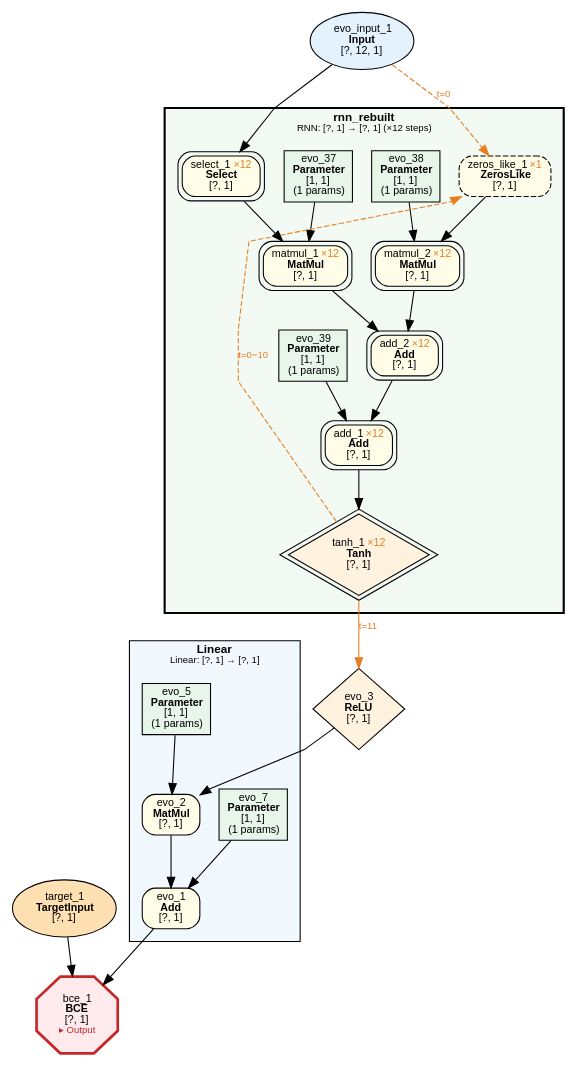
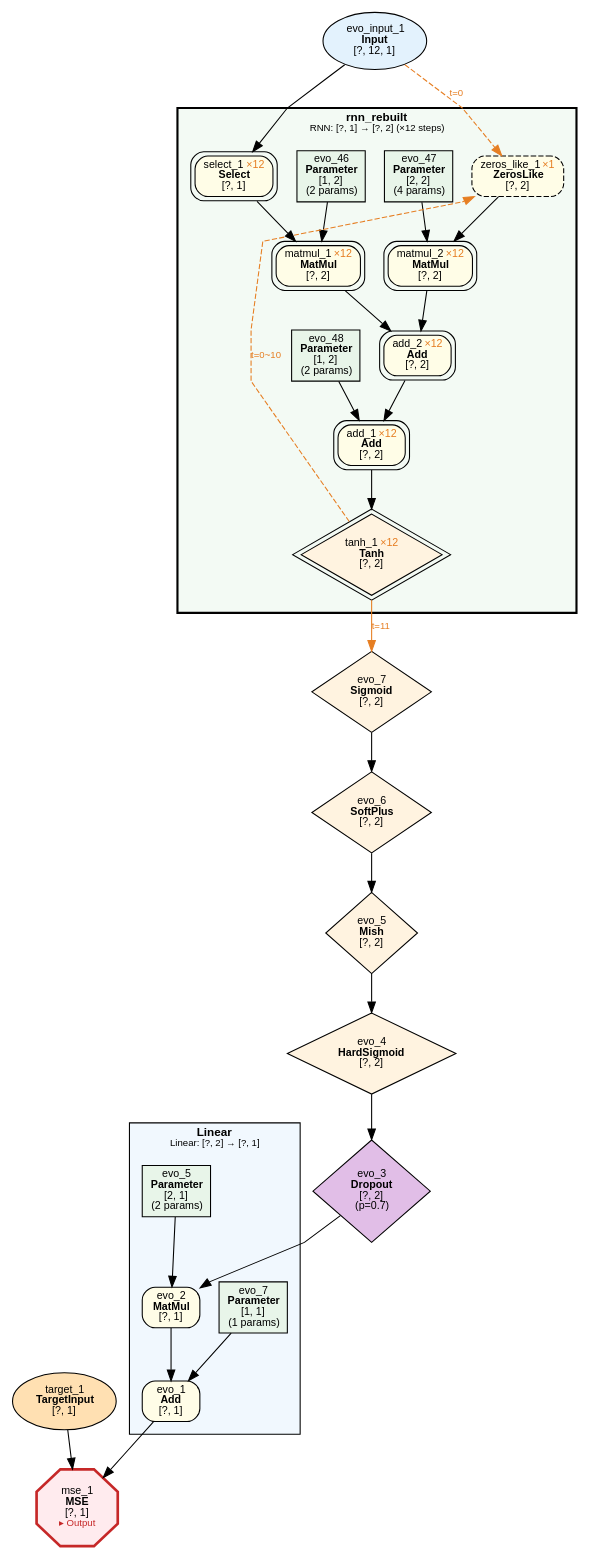
One commit to dbsxdbsx/only_torch changed the diagram in examples/evolution/parity_seq_var_len/evolution_parity_seq_var_len.dot. Above: the diagram before and after it, drawn with Graphviz. The commit also changed 19 other files, not shown here.

```diff
--- a/examples/evolution/parity_seq_var_len/evolution_parity_seq_var_len.dot
+++ b/examples/evolution/parity_seq_var_len/evolution_parity_seq_var_len.dot
@@ -1,66 +1,74 @@
 digraph ComputeGraph {
     rankdir=TB;
     newrank=true;
     splines=polyline;
     node [fontname="Microsoft YaHei,SimHei,Arial"];
     edge [fontname="Microsoft YaHei,SimHei,Arial"];
 
     subgraph cluster_group_linear_1 {
-        label=<<B>Linear</B><BR/><FONT POINT-SIZE="9">Linear: [?, 1] → [?, 1]</FONT>>;
+        label=<<B>Linear</B><BR/><FONT POINT-SIZE="9">Linear: [?, 2] → [?, 1]</FONT>>;
         style=filled;
         fillcolor="#E3F2FD80";
         fontname="Microsoft YaHei,SimHei,Arial";
         fontsize=11;
         margin=12;
             "2" [label=<evo_1<BR/><B>Add</B><BR/>[?, 1]> shape=box style="filled,rounded" fillcolor="#FFFDE7" fontsize=10];
             "4" [label=<evo_2<BR/><B>MatMul</B><BR/>[?, 1]> shape=box style="filled,rounded" fillcolor="#FFFDE7" fontsize=10];
             "5" [label=<evo_7<BR/><B>Parameter</B><BR/>[1, 1]<BR/>(1 params)> shape=box style=filled fillcolor="#E8F5E9" fontsize=10];
-            "7" [label=<evo_5<BR/><B>Parameter</B><BR/>[1, 1]<BR/>(1 params)> shape=box style=filled fillcolor="#E8F5E9" fontsize=10];
+            "7" [label=<evo_5<BR/><B>Parameter</B><BR/>[2, 1]<BR/>(2 params)> shape=box style=filled fillcolor="#E8F5E9" fontsize=10];
     }
 
     subgraph cluster_group_rnn_0 {
-        label=<<B>rnn_rebuilt</B><BR/><FONT POINT-SIZE="9">RNN: [?, 1] → [?, 1] (×12 steps)</FONT>>;
+        label=<<B>rnn_rebuilt</B><BR/><FONT POINT-SIZE="9">RNN: [?, 1] → [?, 2] (×12 steps)</FONT>>;
         style="filled,bold";
         peripheries=3;
         penwidth=2;
         fillcolor="#E8F5E980";
         fontname="Microsoft YaHei,SimHei,Arial";
         fontsize=11;
         margin=12;
-            "8" [label=<evo_39<BR/><B>Parameter</B><BR/>[1, 1]<BR/>(1 params)> shape=box style=filled fillcolor="#E8F5E9" fontsize=10];
-            "9" [label=<evo_37<BR/><B>Parameter</B><BR/>[1, 1]<BR/>(1 params)> shape=box style=filled fillcolor="#E8F5E9" fontsize=10];
-            "10" [label=<evo_38<BR/><B>Parameter</B><BR/>[1, 1]<BR/>(1 params)> shape=box style=filled fillcolor="#E8F5E9" fontsize=10];
-            "12" [label=<tanh_1 <FONT COLOR="#E67E22">×12</FONT><BR/><B>Tanh</B><BR/>[?, 1]> shape=diamond style=filled fillcolor="#FFF3E0" fontsize=10 peripheries=2];
-            "13" [label=<add_1 <FONT COLOR="#E67E22">×12</FONT><BR/><B>Add</B><BR/>[?, 1]> shape=box style="filled,rounded" fillcolor="#FFFDE7" fontsize=10 peripheries=2];
-            "14" [label=<add_2 <FONT COLOR="#E67E22">×12</FONT><BR/><B>Add</B><BR/>[?, 1]> shape=box style="filled,rounded" fillcolor="#FFFDE7" fontsize=10 peripheries=2];
-            "15" [label=<matmul_1 <FONT COLOR="#E67E22">×12</FONT><BR/><B>MatMul</B><BR/>[?, 1]> shape=box style="filled,rounded" fillcolor="#FFFDE7" fontsize=10 peripheries=2];
-            "16" [label=<matmul_2 <FONT COLOR="#E67E22">×12</FONT><BR/><B>MatMul</B><BR/>[?, 1]> shape=box style="filled,rounded" fillcolor="#FFFDE7" fontsize=10 peripheries=2];
-            "17" [label=<select_1 <FONT COLOR="#E67E22">×12</FONT><BR/><B>Select</B><BR/>[?, 1]> shape=box style="filled,rounded" fillcolor="#FFFDE7" fontsize=10 peripheries=2];
-            "18" [label=<zeros_like_1 <FONT COLOR="#E67E22">×1</FONT><BR/><B>ZerosLike</B><BR/>[?, 1]> shape=box style="filled,rounded,dashed" fillcolor="#FFFDE7" fontsize=10];
+            "12" [label=<evo_48<BR/><B>Parameter</B><BR/>[1, 2]<BR/>(2 params)> shape=box style=filled fillcolor="#E8F5E9" fontsize=10];
+            "13" [label=<evo_46<BR/><B>Parameter</B><BR/>[1, 2]<BR/>(2 params)> shape=box style=filled fillcolor="#E8F5E9" fontsize=10];
+            "14" [label=<evo_47<BR/><B>Parameter</B><BR/>[2, 2]<BR/>(4 params)> shape=box style=filled fillcolor="#E8F5E9" fontsize=10];
+            "16" [label=<tanh_1 <FONT COLOR="#E67E22">×12</FONT><BR/><B>Tanh</B><BR/>[?, 2]> shape=diamond style=filled fillcolor="#FFF3E0" fontsize=10 peripheries=2];
+            "17" [label=<add_1 <FONT COLOR="#E67E22">×12</FONT><BR/><B>Add</B><BR/>[?, 2]> shape=box style="filled,rounded" fillcolor="#FFFDE7" fontsize=10 peripheries=2];
+            "18" [label=<add_2 <FONT COLOR="#E67E22">×12</FONT><BR/><B>Add</B><BR/>[?, 2]> shape=box style="filled,rounded" fillcolor="#FFFDE7" fontsize=10 peripheries=2];
+            "19" [label=<matmul_1 <FONT COLOR="#E67E22">×12</FONT><BR/><B>MatMul</B><BR/>[?, 2]> shape=box style="filled,rounded" fillcolor="#FFFDE7" fontsize=10 peripheries=2];
+            "20" [label=<matmul_2 <FONT COLOR="#E67E22">×12</FONT><BR/><B>MatMul</B><BR/>[?, 2]> shape=box style="filled,rounded" fillcolor="#FFFDE7" fontsize=10 peripheries=2];
+            "21" [label=<select_1 <FONT COLOR="#E67E22">×12</FONT><BR/><B>Select</B><BR/>[?, 1]> shape=box style="filled,rounded" fillcolor="#FFFDE7" fontsize=10 peripheries=2];
+            "22" [label=<zeros_like_1 <FONT COLOR="#E67E22">×1</FONT><BR/><B>ZerosLike</B><BR/>[?, 2]> shape=box style="filled,rounded,dashed" fillcolor="#FFFDE7" fontsize=10];
     }
 
-    "1" [label=<bce_1<BR/><B>BCE</B><BR/>[?, 1]<BR/><FONT COLOR="#C62828" POINT-SIZE="9">▸ Output</FONT>> shape=octagon style=filled fillcolor="#FFEBEE" fontsize=10 penwidth=2.5 color="#C62828"];
+    "1" [label=<mse_1<BR/><B>MSE</B><BR/>[?, 1]<BR/><FONT COLOR="#C62828" POINT-SIZE="9">▸ Output</FONT>> shape=octagon style=filled fillcolor="#FFEBEE" fontsize=10 penwidth=2.5 color="#C62828"];
     "3" [label=<target_1<BR/><B>TargetInput</B><BR/>[?, 1]> shape=ellipse style=filled fillcolor="#FFE0B2" fontsize=10];
-    "6" [label=<evo_3<BR/><B>ReLU</B><BR/>[?, 1]> shape=diamond style=filled fillcolor="#FFF3E0" fontsize=10];
-    "11" [label=<evo_input_1<BR/><B>Input</B><BR/>[?, 12, 1]> shape=ellipse style=filled fillcolor="#E3F2FD" fontsize=10];
+    "6" [label=<evo_3<BR/><B>Dropout</B><BR/>[?, 2]<BR/>(p=0.7)> shape=diamond style=filled fillcolor="#E1BEE7" fontsize=10];
+    "8" [label=<evo_4<BR/><B>HardSigmoid</B><BR/>[?, 2]> shape=diamond style=filled fillcolor="#FFF3E0" fontsize=10];
+    "9" [label=<evo_5<BR/><B>Mish</B><BR/>[?, 2]> shape=diamond style=filled fillcolor="#FFF3E0" fontsize=10];
+    "10" [label=<evo_6<BR/><B>SoftPlus</B><BR/>[?, 2]> shape=diamond style=filled fillcolor="#FFF3E0" fontsize=10];
+    "11" [label=<evo_7<BR/><B>Sigmoid</B><BR/>[?, 2]> shape=diamond style=filled fillcolor="#FFF3E0" fontsize=10];
+    "15" [label=<evo_input_1<BR/><B>Input</B><BR/>[?, 12, 1]> shape=ellipse style=filled fillcolor="#E3F2FD" fontsize=10];
 
     "2" -> "1";
     "3" -> "1";
     "4" -> "2";
     "5" -> "2";
     "6" -> "4";
     "7" -> "4";
-    "12" -> "6" [ color="#E67E22" label=<t=11> fontcolor="#E67E22" fontsize=9];
-    "13" -> "12";
-    "14" -> "13";
-    "8" -> "13";
-    "15" -> "14";
-    "16" -> "14";
-    "17" -> "15";
-    "9" -> "15";
-    "18" -> "16";
-    "10" -> "16";
-    "11" -> "17";
-    "11" -> "18" [ style=dashed color="#E67E22" label=<t=0> fontcolor="#E67E22" fontsize=9];
-    "12" -> "18" [style=dashed color="#E67E22" label=<t=0~10> fontcolor="#E67E22" fontsize=9 constraint=false];
+    "8" -> "6";
+    "9" -> "8";
+    "10" -> "9";
+    "11" -> "10";
+    "16" -> "11" [ color="#E67E22" label=<t=11> fontcolor="#E67E22" fontsize=9];
+    "17" -> "16";
+    "18" -> "17";
+    "12" -> "17";
+    "19" -> "18";
+    "20" -> "18";
+    "21" -> "19";
+    "13" -> "19";
+    "22" -> "20";
+    "14" -> "20";
+    "15" -> "21";
+    "15" -> "22" [ style=dashed color="#E67E22" label=<t=0> fontcolor="#E67E22" fontsize=9];
+    "16" -> "22" [style=dashed color="#E67E22" label=<t=0~10> fontcolor="#E67E22" fontsize=9 constraint=false];
 }
```
